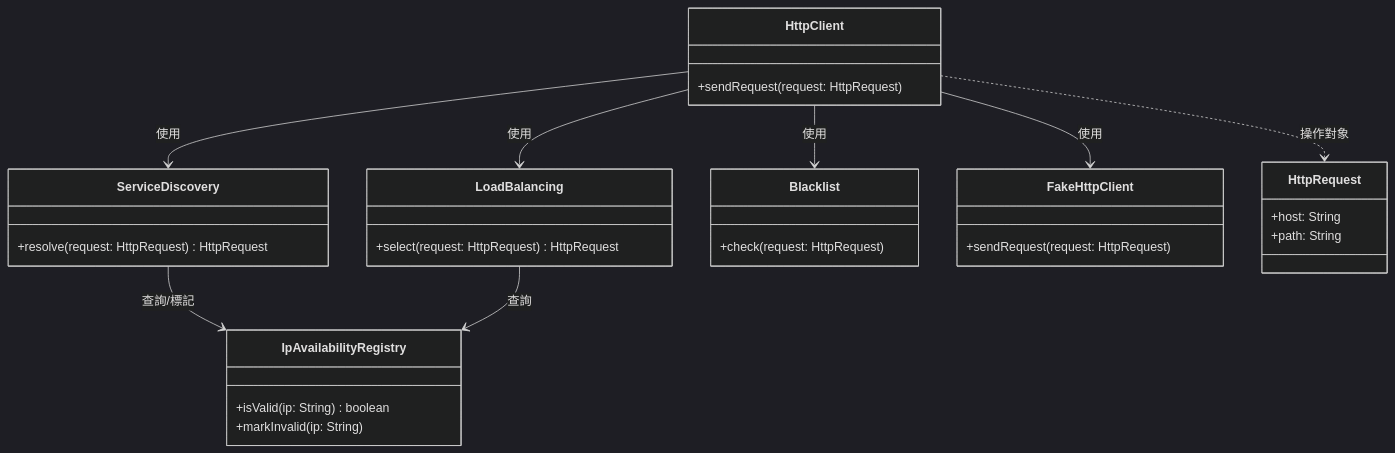
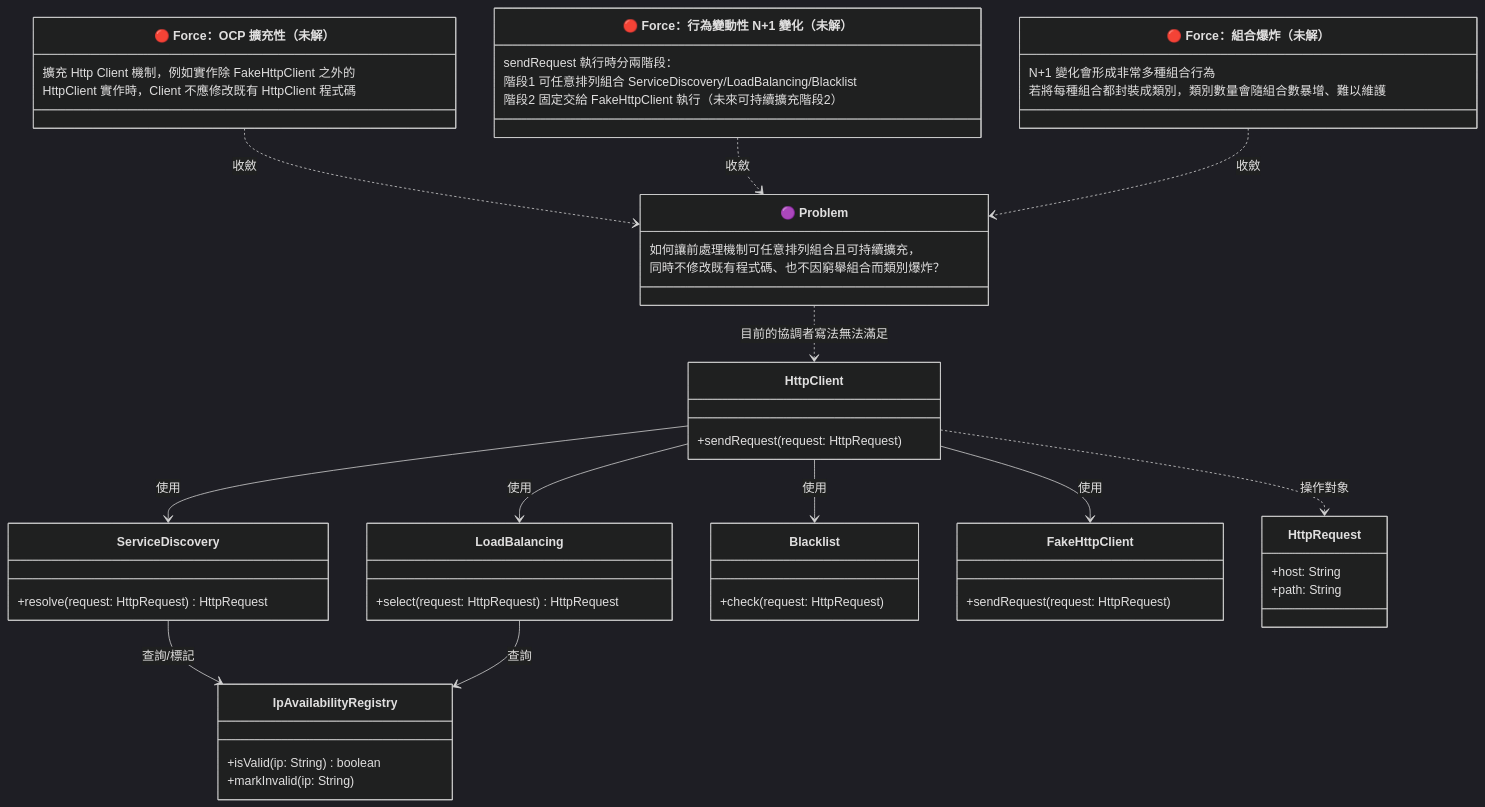
The first of 4 diagrams in homework7_decorator_httpclient/docs/ooa-doc.md (tanguitar8093/Software-Design-Pattern-HW), drawn with Mermaid (dark theme) before and after one commit. The commit also changed other lines of this file and 3 other files, not shown here.

````diff
--- a/homework7_decorator_httpclient/docs/ooa-doc.md
+++ b/homework7_decorator_httpclient/docs/ooa-doc.md
@@ -62,34 +70,57 @@
 ```mermaid
 classDiagram
     class HttpClient {
         +sendRequest(request: HttpRequest)
     }
     class ServiceDiscovery {
         +resolve(request: HttpRequest) HttpRequest
     }
     class LoadBalancing {
         +select(request: HttpRequest) HttpRequest
     }
     class Blacklist {
         +check(request: HttpRequest)
     }
     class IpAvailabilityRegistry {
         +isValid(ip: String) boolean
         +markInvalid(ip: String)
     }
     class FakeHttpClient {
         +sendRequest(request: HttpRequest)
     }
     class HttpRequest {
         +host: String
         +path: String
     }
 
     HttpClient --> ServiceDiscovery : 使用
     HttpClient --> LoadBalancing : 使用
     HttpClient --> Blacklist : 使用
     HttpClient --> FakeHttpClient : 使用
     ServiceDiscovery --> IpAvailabilityRegistry : 查詢/標記
     LoadBalancing --> IpAvailabilityRegistry : 查詢
     HttpClient ..> HttpRequest : 操作對象
+
+    class Force_OCP["🔴 Force：OCP 擴充性（未解）"] {
+        擴充 Http Client 機制，例如實作除 FakeHttpClient 之外的
+        HttpClient 實作時，Client 不應修改既有 HttpClient 程式碼
+    }
+    class Force_N1["🔴 Force：行為變動性 N+1 變化（未解）"] {
+        sendRequest 執行時分兩階段：
+        階段1 可任意排列組合 ServiceDiscovery/LoadBalancing/Blacklist
+        階段2 固定交給 FakeHttpClient 執行（未來可持續擴充階段2）
+    }
+    class Force_Explosion["🔴 Force：組合爆炸（未解）"] {
+        N+1 變化會形成非常多種組合行為
+        若將每種組合都封裝成類別，類別數量會隨組合數暴增、難以維護
+    }
+    class Problem["🟣 Problem"] {
+        如何讓前處理機制可任意排列組合且可持續擴充，
+        同時不修改既有程式碼、也不因窮舉組合而類別爆炸？
+    }
+
+    Force_OCP ..> Problem : 收斂
+    Force_N1 ..> Problem : 收斂
+    Force_Explosion ..> Problem : 收斂
+    Problem ..> HttpClient : 目前的協調者寫法無法滿足
 ```
````
